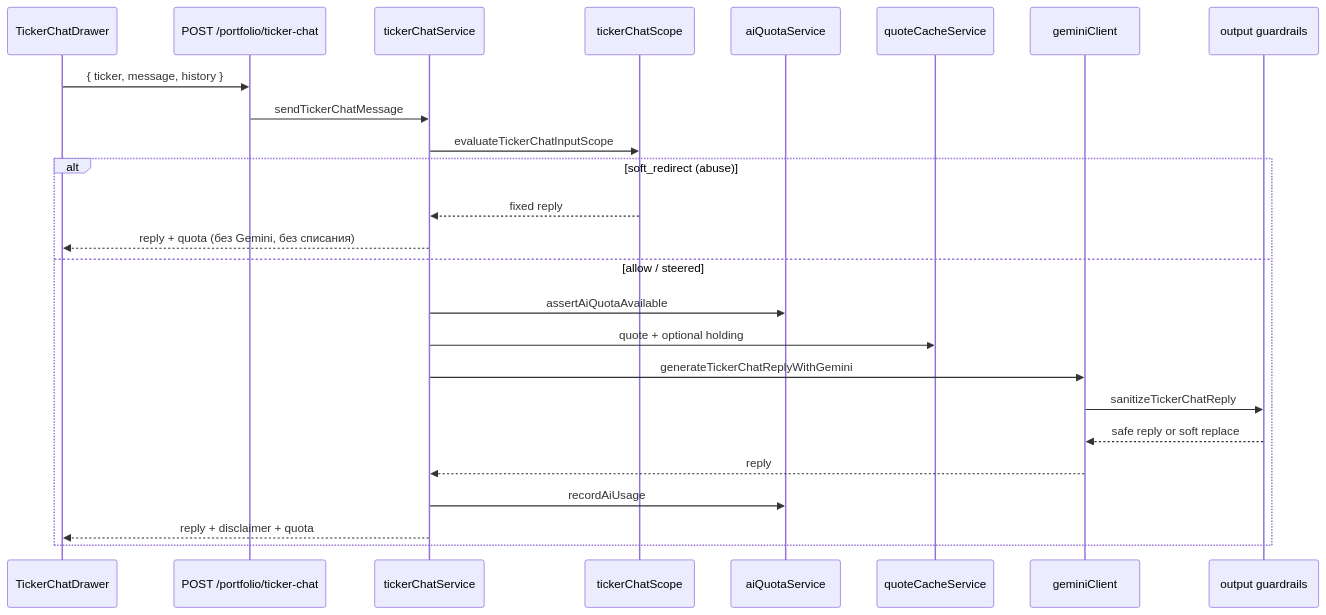
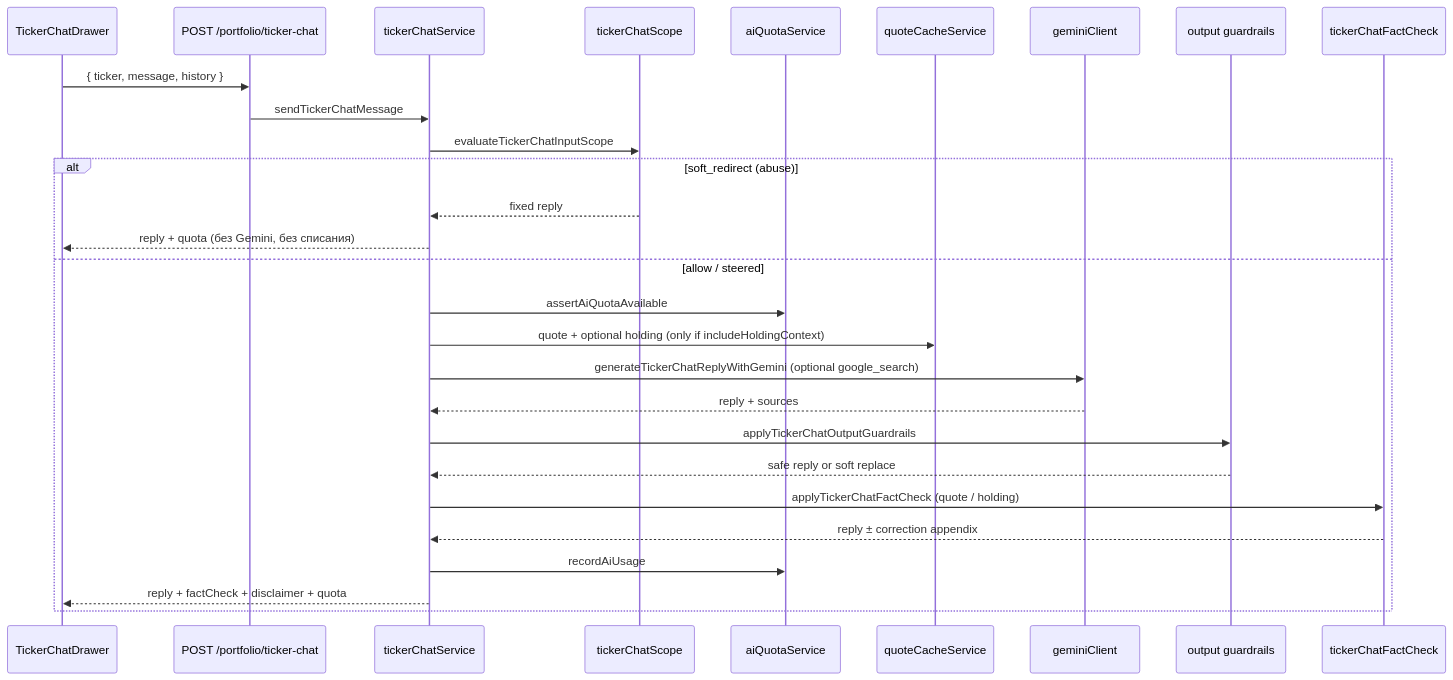
Before and after one commit to Krepto-vlad/Krepton-Analitics: the second of 2 diagrams in Docs/AI_INTEGRATION.md, drawn with Mermaid. The commit also changed other lines of this file and 170 other files, not shown here.

````diff
--- a/Docs/AI_INTEGRATION.md
+++ b/Docs/AI_INTEGRATION.md
@@ -566,28 +566,31 @@
 ```mermaid
 sequenceDiagram
   participant UI as TickerChatDrawer
   participant API as POST /portfolio/ticker-chat
   participant SVC as tickerChatService
   participant SCOPE as tickerChatScope
   participant QUOTA as aiQuotaService
   participant Q as quoteCacheService
   participant AI as geminiClient
   participant OUT as output guardrails
+  participant FC as tickerChatFactCheck
 
   UI->>API: { ticker, message, history }
   API->>SVC: sendTickerChatMessage
   SVC->>SCOPE: evaluateTickerChatInputScope
   alt soft_redirect (abuse)
     SCOPE-->>SVC: fixed reply
     SVC-->>UI: reply + quota (без Gemini, без списания)
   else allow / steered
     SVC->>QUOTA: assertAiQuotaAvailable
-    SVC->>Q: quote + optional holding
-    SVC->>AI: generateTickerChatReplyWithGemini
-    AI->>OUT: sanitizeTickerChatReply
-    OUT-->>AI: safe reply or soft replace
-    AI-->>SVC: reply
+    SVC->>Q: quote + optional holding (only if includeHoldingContext)
+    SVC->>AI: generateTickerChatReplyWithGemini (optional google_search)
+    AI-->>SVC: reply + sources
+    SVC->>OUT: applyTickerChatOutputGuardrails
+    OUT-->>SVC: safe reply or soft replace
+    SVC->>FC: applyTickerChatFactCheck (quote / holding)
+    FC-->>SVC: reply ± correction appendix
     SVC->>QUOTA: recordAiUsage
-    SVC-->>UI: reply + disclaimer + quota
+    SVC-->>UI: reply + factCheck + disclaimer + quota
   end
 ```
````
